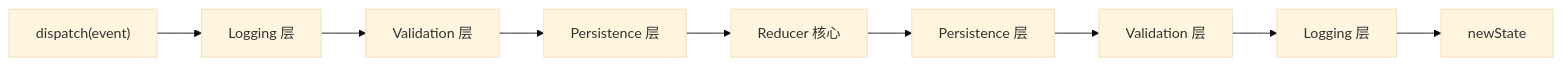
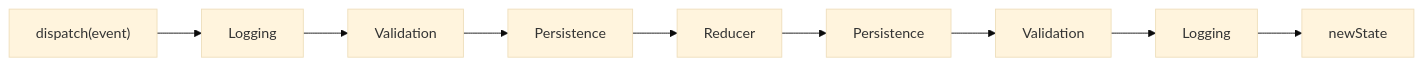
Before and after one commit to xiaoxiath/ai-agent-engineering: the third of 8 diagrams in chapters/part-02-core-architecture/ch04-state-management.md, drawn with Mermaid (base theme). The commit also changed other lines of this file and 6 other files, not shown here.

````diff
--- a/chapters/part-02-core-architecture/ch04-state-management.md
+++ b/chapters/part-02-core-architecture/ch04-state-management.md
@@ -519,11 +440,11 @@
 ```mermaid
 graph LR
-  Request["dispatch(event)"] --> Logging["Logging 层"]
-  Logging --> Validation["Validation 层"]
-  Validation --> Persistence["Persistence 层"]
-  Persistence --> Reducer["Reducer 核心"]
-  Reducer --> Persistence2["Persistence 层"]
-  Persistence2 --> Validation2["Validation 层"]
-  Validation2 --> Logging2["Logging 层"]
+  Request["dispatch(event)"] --> Logging["Logging"]
+  Logging --> Validation["Validation"]
+  Validation --> Persistence["Persistence"]
+  Persistence --> Reducer["Reducer"]
+  Reducer --> Persistence2["Persistence"]
+  Persistence2 --> Validation2["Validation"]
+  Validation2 --> Logging2["Logging"]
   Logging2 --> Response["newState"]
 ```
````
